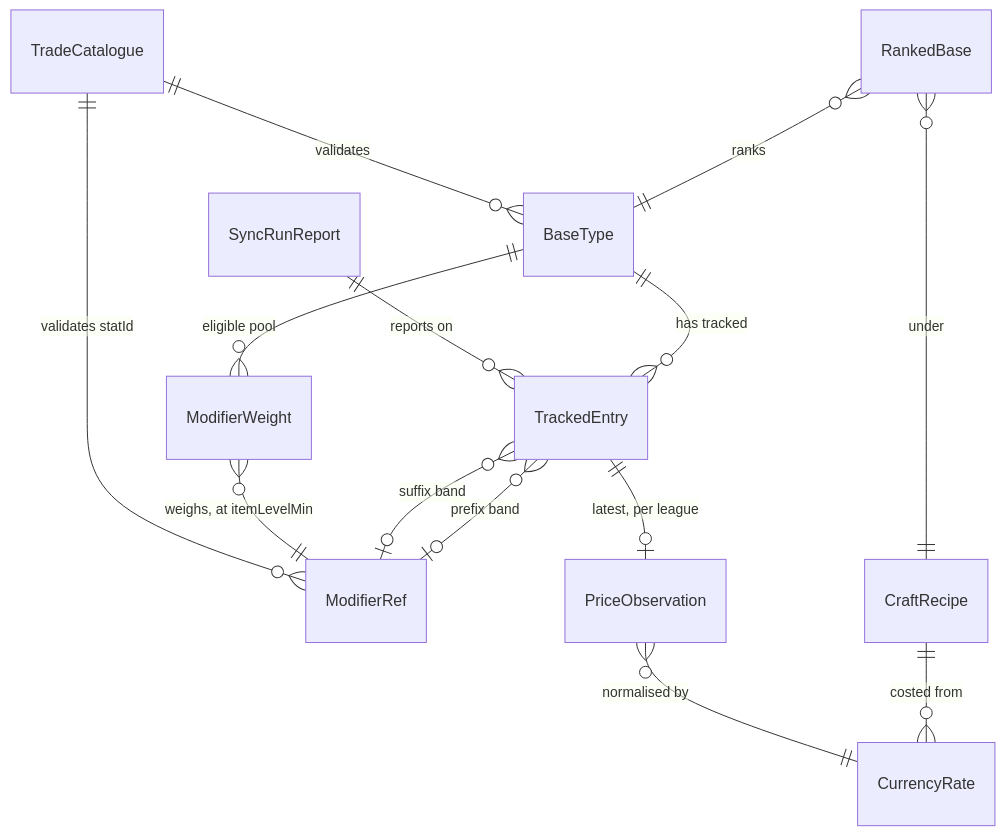
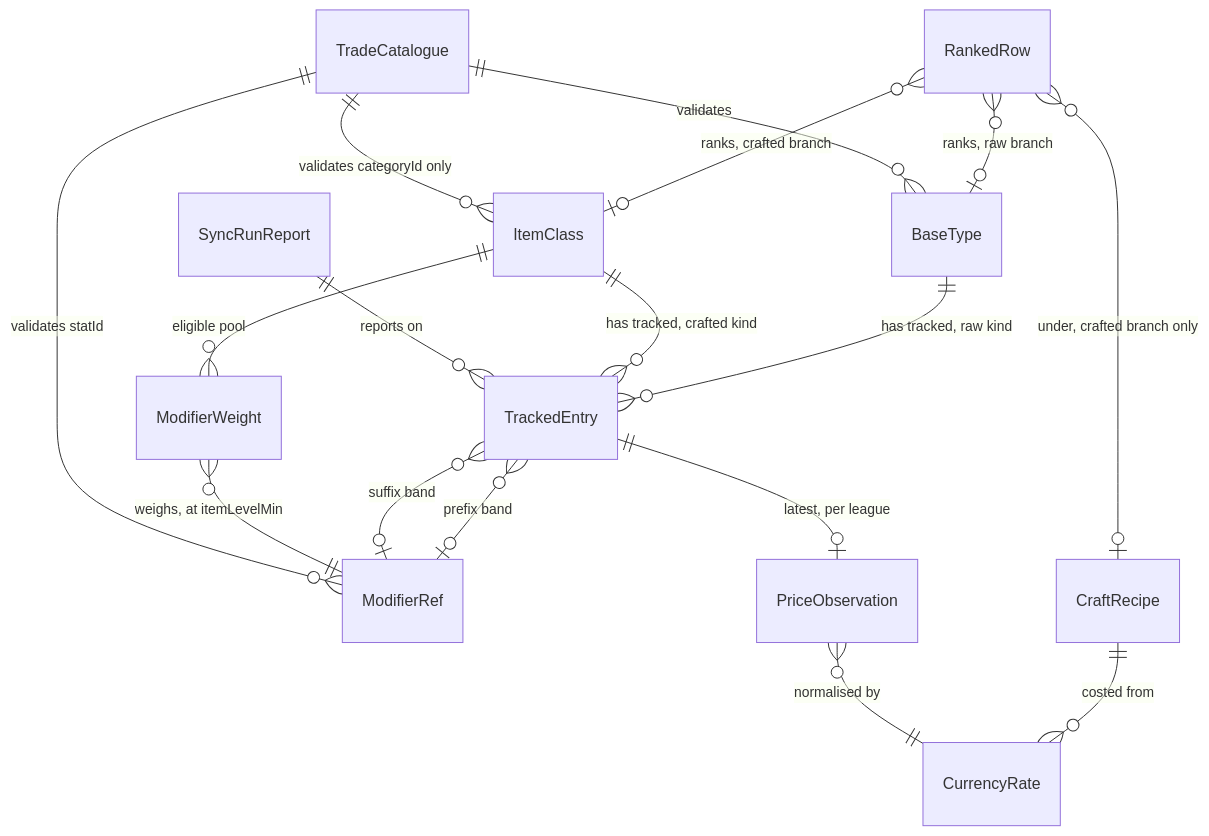
Before and after one commit to Dragsaw/poe-crafting-base-price-checker: the third of 3 diagrams in docs/architecture/architecture-poe-crafting-base-price-checker-2026-09-12/ARCHITECTURE-SPINE.md, drawn with Mermaid. The commit also changed other lines of this file and 39 other files, not shown here.

````diff
--- a/docs/architecture/architecture-poe-crafting-base-price-checker-2026-09-12/ARCHITECTURE-SPINE.md
+++ b/docs/architecture/architecture-poe-crafting-base-price-checker-2026-09-12/ARCHITECTURE-SPINE.md
@@ -1264,16 +1719,19 @@
 ```mermaid
 erDiagram
-  BaseType ||--o{ TrackedEntry : "has tracked"
+  BaseType ||--o{ TrackedEntry : "has tracked, raw kind"
+  ItemClass ||--o{ TrackedEntry : "has tracked, crafted kind"
   TrackedEntry }o--o| ModifierRef : "prefix band"
   TrackedEntry }o--o| ModifierRef : "suffix band"
   TrackedEntry ||--o| PriceObservation : "latest, per league"
-  BaseType ||--o{ ModifierWeight : "eligible pool"
+  ItemClass ||--o{ ModifierWeight : "eligible pool"
   ModifierWeight }o--|| ModifierRef : "weighs, at itemLevelMin"
   CraftRecipe ||--o{ CurrencyRate : "costed from"
   PriceObservation }o--|| CurrencyRate : "normalised by"
-  RankedBase }o--|| BaseType : "ranks"
-  RankedBase }o--|| CraftRecipe : "under"
+  RankedRow }o--o| ItemClass : "ranks, crafted branch"
+  RankedRow }o--o| BaseType : "ranks, raw branch"
+  RankedRow }o--o| CraftRecipe : "under, crafted branch only"
   SyncRunReport ||--o{ TrackedEntry : "reports on"
   TradeCatalogue ||--o{ BaseType : "validates"
+  TradeCatalogue ||--o{ ItemClass : "validates categoryId only"
   TradeCatalogue ||--o{ ModifierRef : "validates statId"
 ```
````
